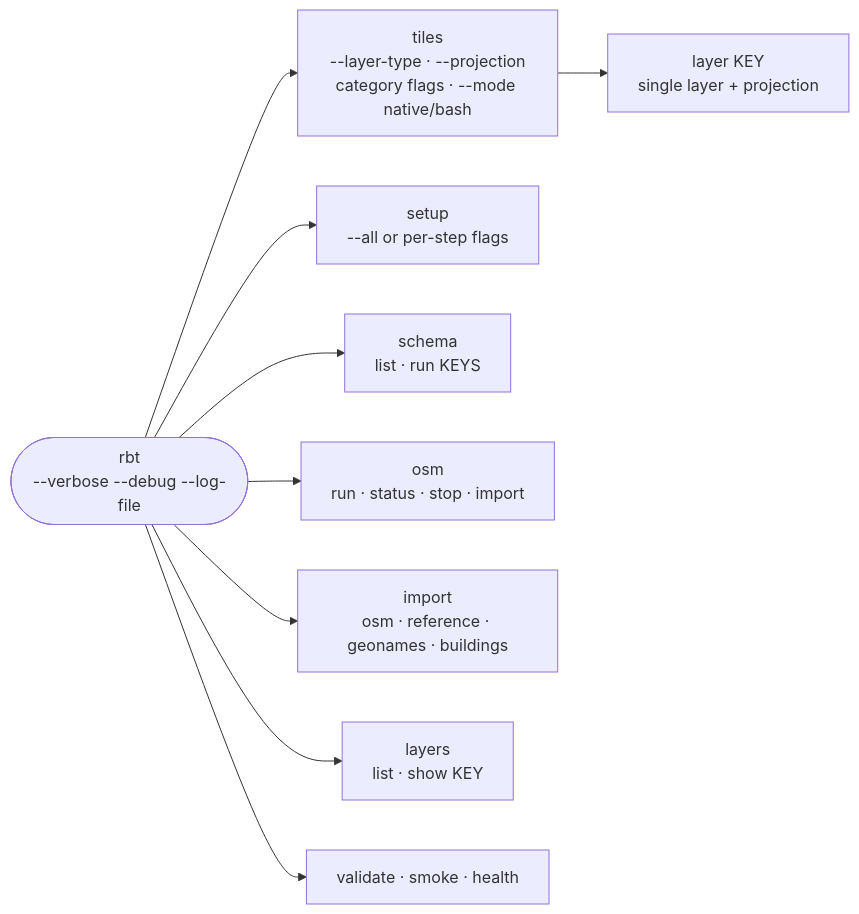
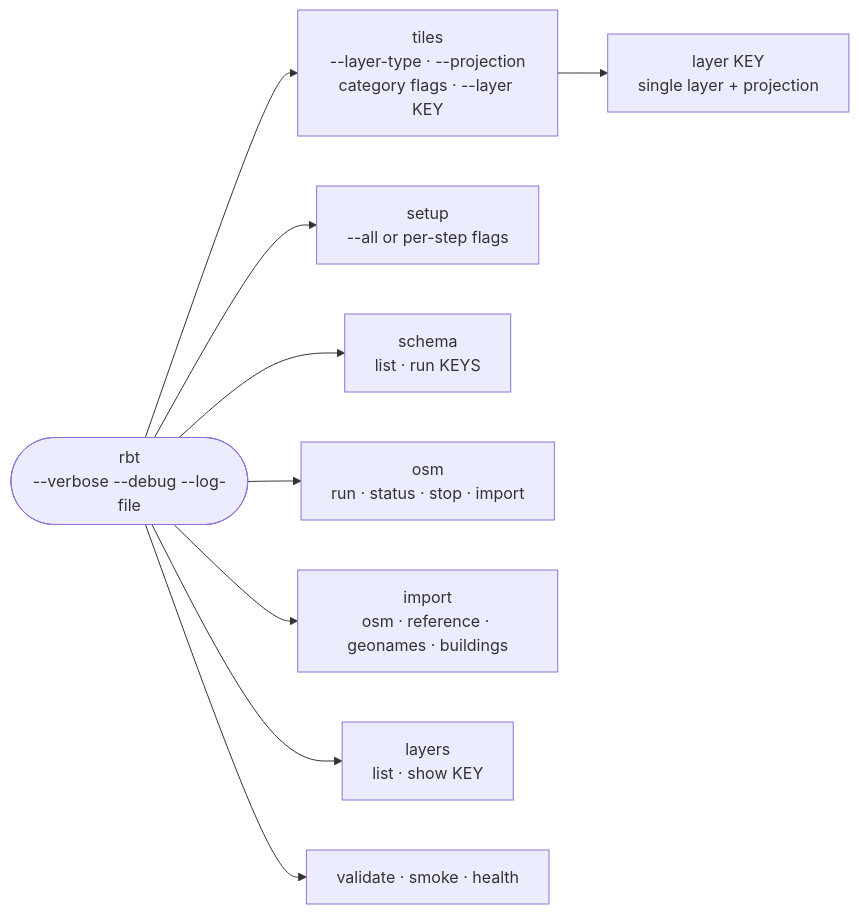
One commit to mjj203/rbt-data-generator changed the diagram in docs/project-structure.md. Above: the diagram before and after it, drawn with Mermaid. The commit also changed other lines of this file and 41 other files, not shown here.

````diff
--- a/docs/project-structure.md
+++ b/docs/project-structure.md
@@ -192,12 +186,12 @@
 ```mermaid
 graph LR
     rbt(["rbt<br/>--verbose --debug --log-file"])
-    rbt --> tiles["tiles<br/>--layer-type · --projection<br/>category flags · --mode native/bash"]
+    rbt --> tiles["tiles<br/>--layer-type · --projection<br/>category flags · --layer KEY"]
     tiles --> tileslayer["layer KEY<br/>single layer + projection"]
     rbt --> setup["setup<br/>--all or per-step flags"]
     rbt --> schema["schema<br/>list · run KEYS"]
     rbt --> osm["osm<br/>run · status · stop · import"]
     rbt --> import_["import<br/>osm · reference · geonames · buildings"]
     rbt --> layers["layers<br/>list · show KEY"]
     rbt --> checks["validate · smoke · health"]
 ```
````
